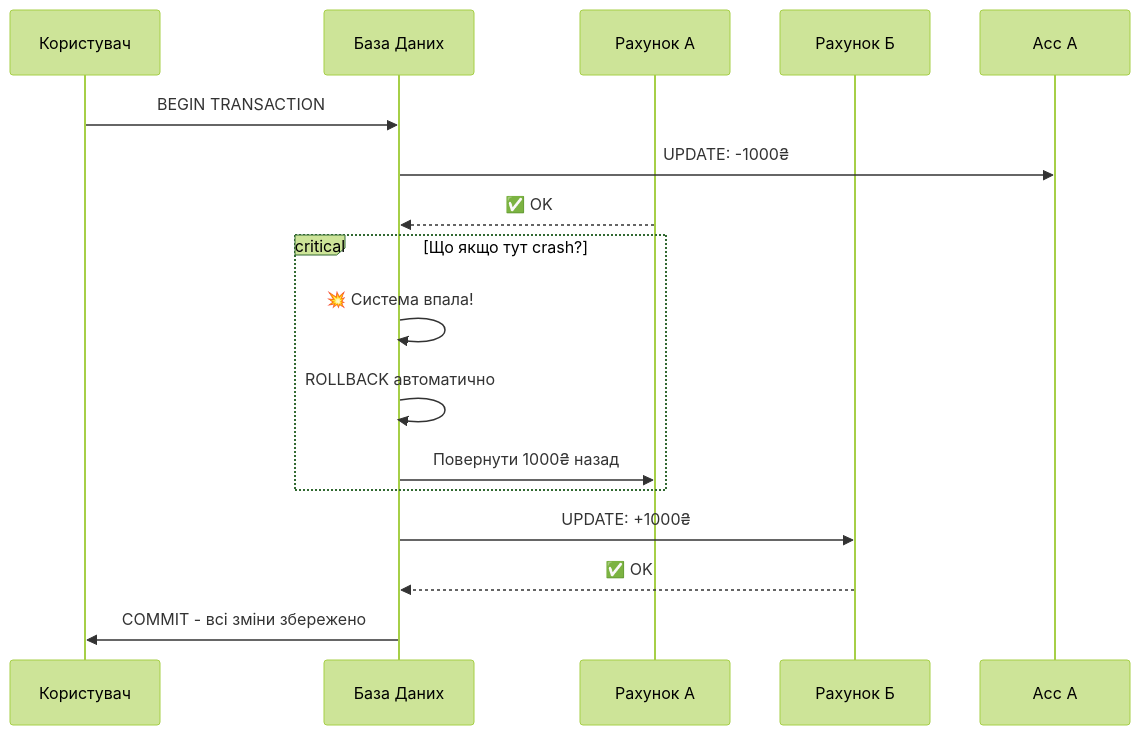
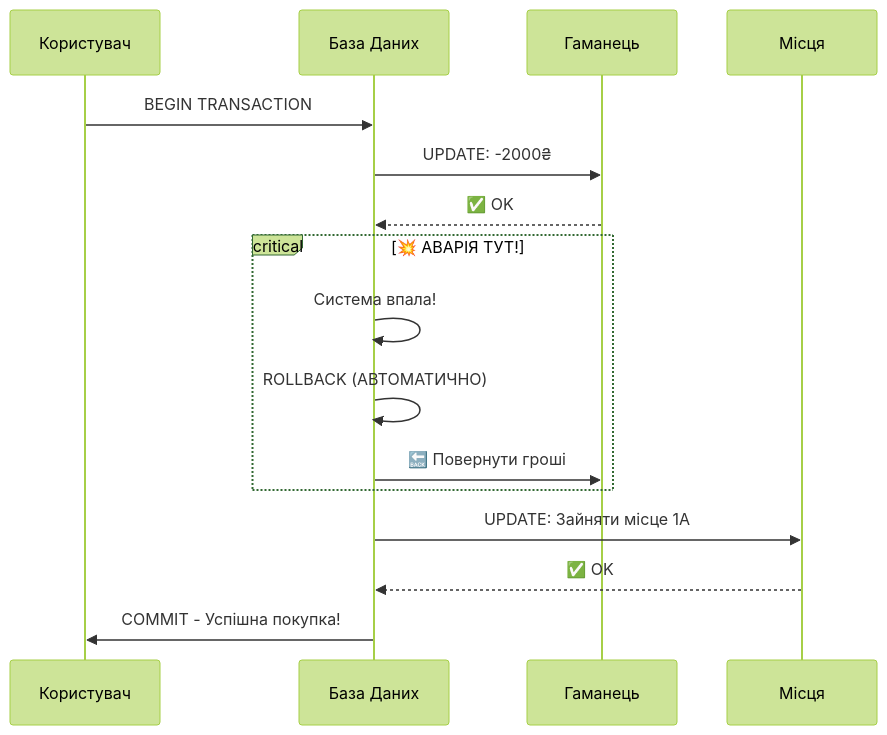
Before and after one commit to arakviel/kostyl.dev: the diagram in content/06.databases/03.sql/07.transactions.md, drawn with Mermaid (forest theme). The commit also changed other lines of this file and 6 other files, not shown here.

````diff
--- a/content/06.databases/03.sql/07.transactions.md
+++ b/content/06.databases/03.sql/07.transactions.md
@@ -19,22 +20,21 @@
 ```mermaid
 sequenceDiagram
 participant User as Користувач
 participant DB as База Даних
-participant AccA as Рахунок А
-participant AccB as Рахунок Б
+participant Wallet as Гаманець
+participant Seats as Місця
 
     User->>DB: BEGIN TRANSACTION
-    DB->>Acc A: UPDATE: -1000₴
-    AccA-->>DB: ✅ OK
+    DB->>Wallet: UPDATE: -2000₴
+    Wallet-->>DB: ✅ OK
 
-    critical Що якщо тут crash?
-        DB->>DB: 💥 Система впала!
-        DB->>DB: ROLLBACK автоматично
-        DB->>AccA: Повернути 1000₴ назад
+    critical 💥 АВАРІЯ ТУТ!
+        DB->>DB: Система впала!
+        DB->>DB: ROLLBACK (АВТОМАТИЧНО)
+        DB->>Wallet: 🔙 Повернути гроші
     end
 
-    DB->>AccB: UPDATE: +1000₴
-    AccB-->>DB: ✅ OK
-    DB->>User: COMMIT - всі зміни збережено
-
+    DB->>Seats: UPDATE: Зайняти місце 1A
+    Seats-->>DB: ✅ OK
+    DB->>User: COMMIT - Успішна покупка!
 ```
````
